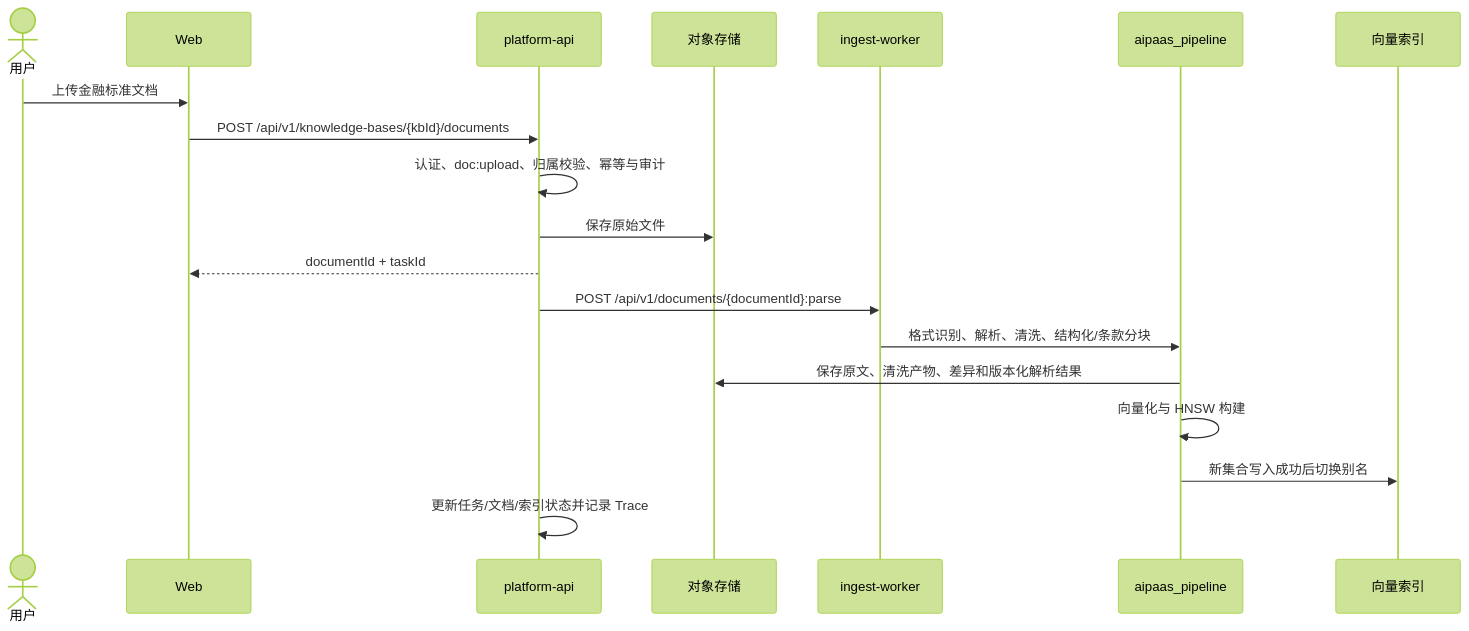
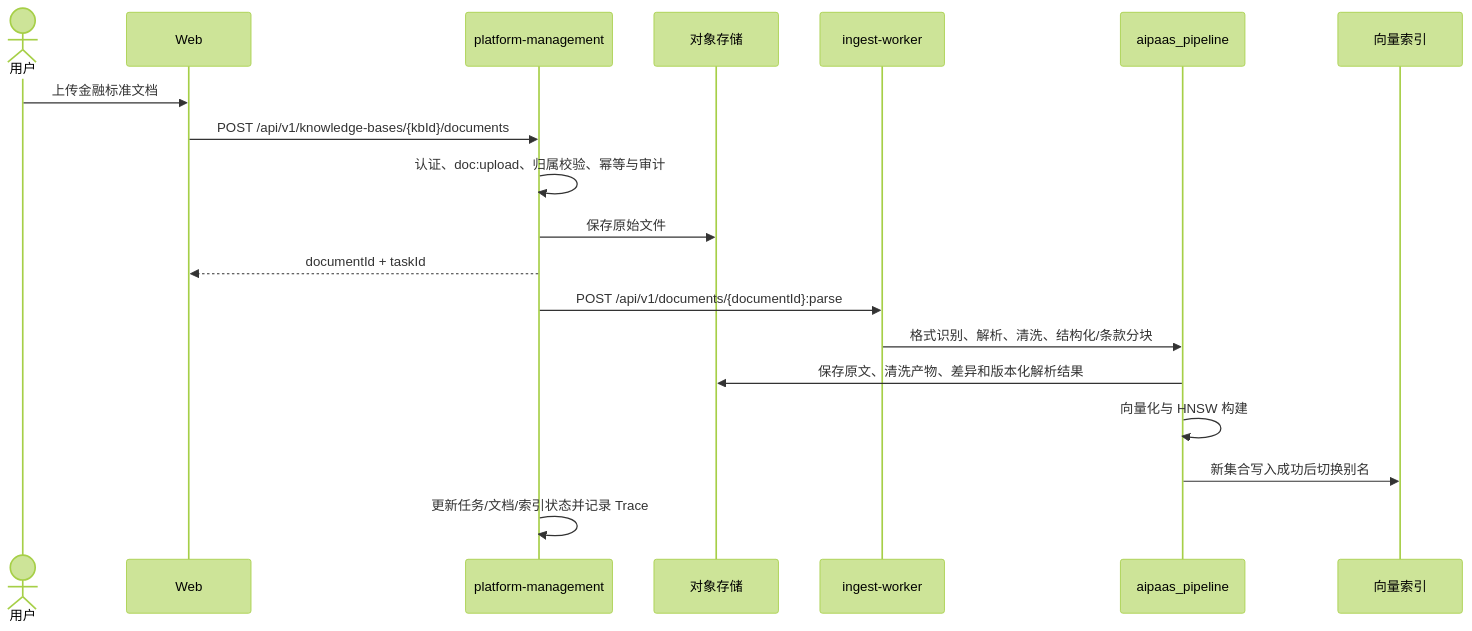
One commit to aiworld0927/aipaas changed the second of 3 diagrams in docs/03_架构说明.md. Above: the diagram before and after it, drawn with Mermaid (forest theme). The commit also changed other lines of this file and 218 other files, not shown here.

````diff
--- a/docs/03_架构说明.md
+++ b/docs/03_架构说明.md
@@ -125,22 +129,22 @@
 ```mermaid
 sequenceDiagram
     actor U as 用户
     participant W as Web
-    participant J as platform-api
+    participant J as platform-management
     participant O as 对象存储
     participant I as ingest-worker
     participant P as aipaas_pipeline
     participant V as 向量索引
 
     U->>W: 上传金融标准文档
     W->>J: POST /api/v1/knowledge-bases/{kbId}/documents
     J->>J: 认证、doc:upload、归属校验、幂等与审计
     J->>O: 保存原始文件
     J-->>W: documentId + taskId
     J->>I: POST /api/v1/documents/{documentId}:parse
     I->>P: 格式识别、解析、清洗、结构化/条款分块
     P->>O: 保存原文、清洗产物、差异和版本化解析结果
     P->>P: 向量化与 HNSW 构建
     P->>V: 新集合写入成功后切换别名
     J->>J: 更新任务/文档/索引状态并记录 Trace
 ```
````
